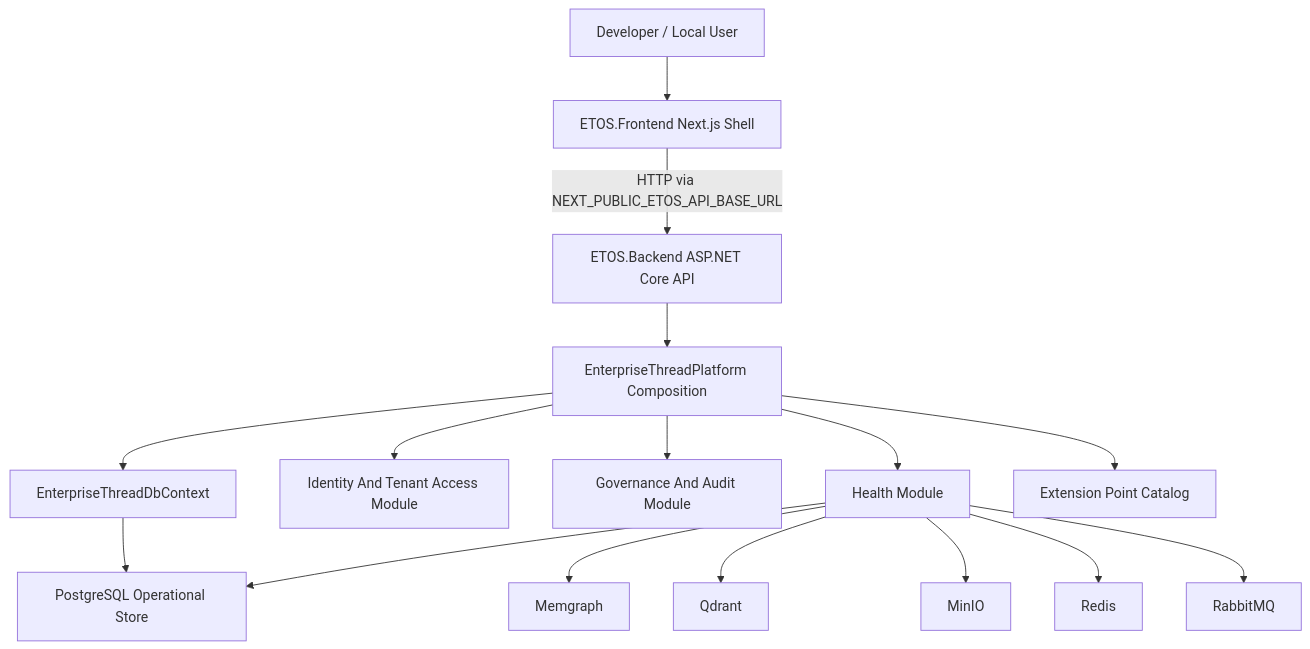
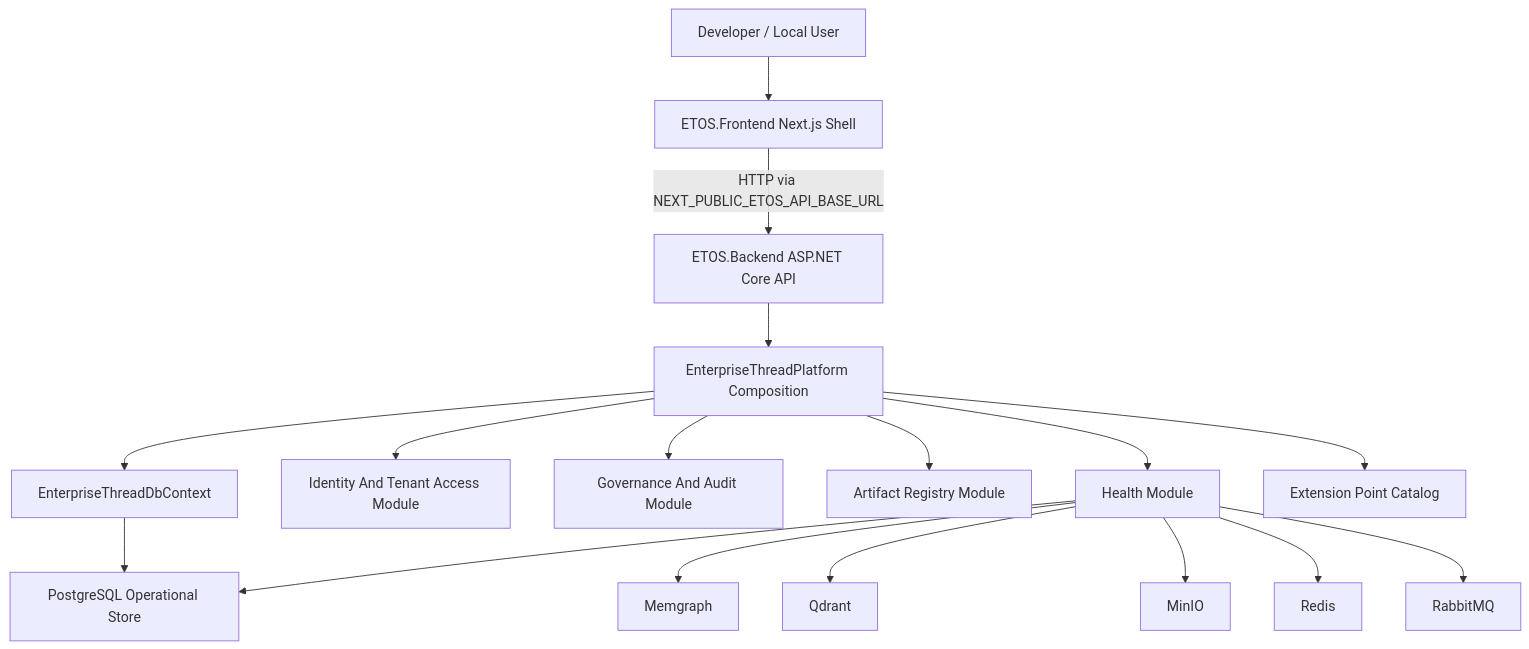
One commit to aribhw1892/EnterpriseThreadOS changed the diagram in ARCHITECTURE.md. Above: the diagram before and after it, drawn with Mermaid. The commit also changed other lines of this file and 18 other files, not shown here.

````diff
--- a/ARCHITECTURE.md
+++ b/ARCHITECTURE.md
@@ -9,20 +9,21 @@
 ```mermaid
 flowchart TB
     user["Developer / Local User"] --> frontend["ETOS.Frontend Next.js Shell"]
     frontend -->|"HTTP via NEXT_PUBLIC_ETOS_API_BASE_URL"| backend["ETOS.Backend ASP.NET Core API"]
 
     backend --> platform["EnterpriseThreadPlatform Composition"]
     platform --> health["Health Module"]
     platform --> identity["Identity And Tenant Access Module"]
     platform --> governance["Governance And Audit Module"]
+    platform --> artifacts["Artifact Registry Module"]
     platform --> persistence["EnterpriseThreadDbContext"]
     platform --> extensions["Extension Point Catalog"]
 
     persistence --> postgres["PostgreSQL Operational Store"]
     health --> postgres
     health --> memgraph["Memgraph"]
     health --> qdrant["Qdrant"]
     health --> minio["MinIO"]
     health --> redis["Redis"]
     health --> rabbitmq["RabbitMQ"]
 ```
````
